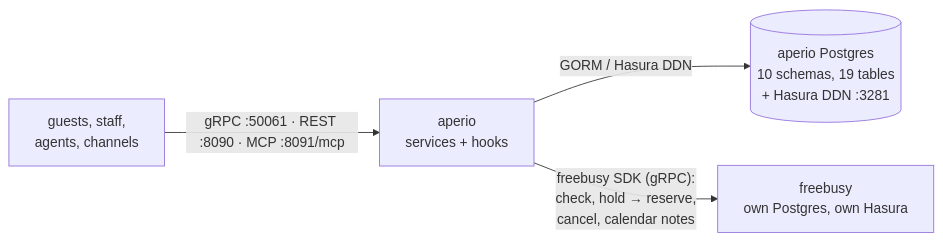
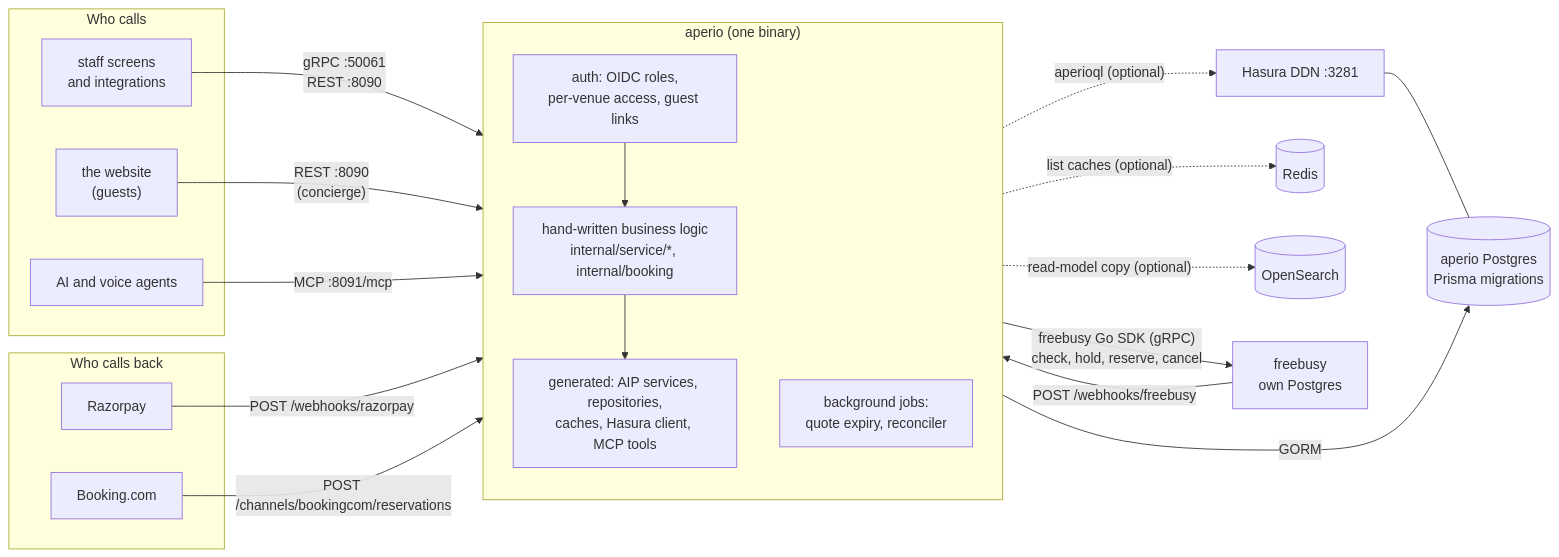
One commit to shokki-engineering/aperio changed the first of 2 diagrams in README.md. Above: the diagram before and after it, drawn with Mermaid. The commit also changed other lines of this file and 12 other files, not shown here.

````diff
--- a/README.md
+++ b/README.md
@@ -28,6 +49,35 @@
 ```mermaid
 flowchart LR
-    who["guests, staff,<br/>agents, channels"] -->|"gRPC :50061 · REST :8090 · MCP :8091/mcp"| aperio["aperio<br/>services + hooks"]
-    aperio -->|"GORM / Hasura DDN"| db[("aperio Postgres<br/>10 schemas, 19 tables<br/>+ Hasura DDN :3281")]
-    aperio -->|"freebusy SDK (gRPC):<br/>check, hold → reserve,<br/>cancel, calendar notes"| fb["freebusy<br/>own Postgres, own Hasura"]
+    subgraph callers["Who calls"]
+        staff["staff screens<br/>and integrations"]
+        web["the website<br/>(guests)"]
+        agents["AI and voice agents"]
+    end
+    subgraph inbound["Who calls back"]
+        rzp["Razorpay"]
+        bcom["Booking.com"]
+    end
+
+    staff -->|"gRPC :50061<br/>REST :8090"| aperio
+    web -->|"REST :8090<br/>(concierge)"| aperio
+    agents -->|"MCP :8091/mcp"| aperio
+    rzp -->|"POST /webhooks/razorpay"| aperio
+    bcom -->|"POST /channels/bookingcom/reservations"| aperio
+
+    subgraph aperio["aperio (one binary)"]
+        direction TB
+        auth["auth: OIDC roles,<br/>per-venue access, guest links"]
+        hand["hand-written business logic<br/>internal/service/*, internal/booking"]
+        gen["generated: AIP services, repositories,<br/>caches, Hasura client, MCP tools"]
+        jobs["background jobs:<br/>quote expiry, reconciler"]
+        auth --> hand --> gen
+    end
+
+    gen -->|"GORM"| pg[("aperio Postgres<br/>Prisma migrations")]
+    gen -.->|"aperioql (optional)"| ddn["Hasura DDN :3281"]
+    ddn --- pg
+    gen -.->|"list caches (optional)"| redis[("Redis")]
+    gen -.->|"read-model copy (optional)"| os[("OpenSearch")]
+    hand -->|"freebusy Go SDK (gRPC)<br/>check, hold, reserve, cancel"| fb["freebusy<br/>own Postgres"]
+    fb -->|"POST /webhooks/freebusy"| aperio
 ```
````
